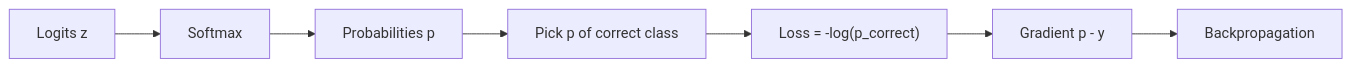
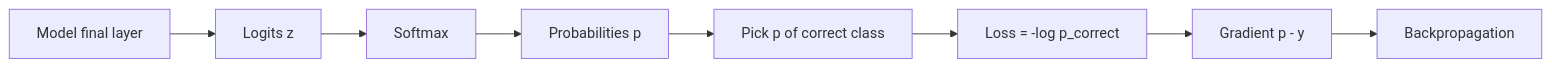
One commit to kaisarnajar/outcome-school-blogs changed the first of 2 diagrams in notes/step-02-deep-learning-and-neural-networks/035-math-behind-cross-entropy-loss.md. Above: the diagram before and after it, drawn with Mermaid. The commit also changed other lines of this file and 233 other files, not shown here.

````diff
--- a/notes/step-02-deep-learning-and-neural-networks/035-math-behind-cross-entropy-loss.md
+++ b/notes/step-02-deep-learning-and-neural-networks/035-math-behind-cross-entropy-loss.md
@@ -51,9 +66,10 @@
 ```mermaid
 flowchart LR
-    A["Logits z"] --> B["Softmax"]
-    B --> C["Probabilities p"]
-    C --> D["Pick p of correct class"]
-    D --> E["Loss = -log(p_correct)"]
-    E --> F["Gradient p - y"]
-    F --> G["Backpropagation"]
+    A["Model final layer"] --> B["Logits z"]
+    B --> C["Softmax"]
+    C --> D["Probabilities p"]
+    D --> E["Pick p of correct class"]
+    E --> F["Loss = -log p_correct"]
+    F --> G["Gradient p - y"]
+    G --> H["Backpropagation"]
 ```
````
